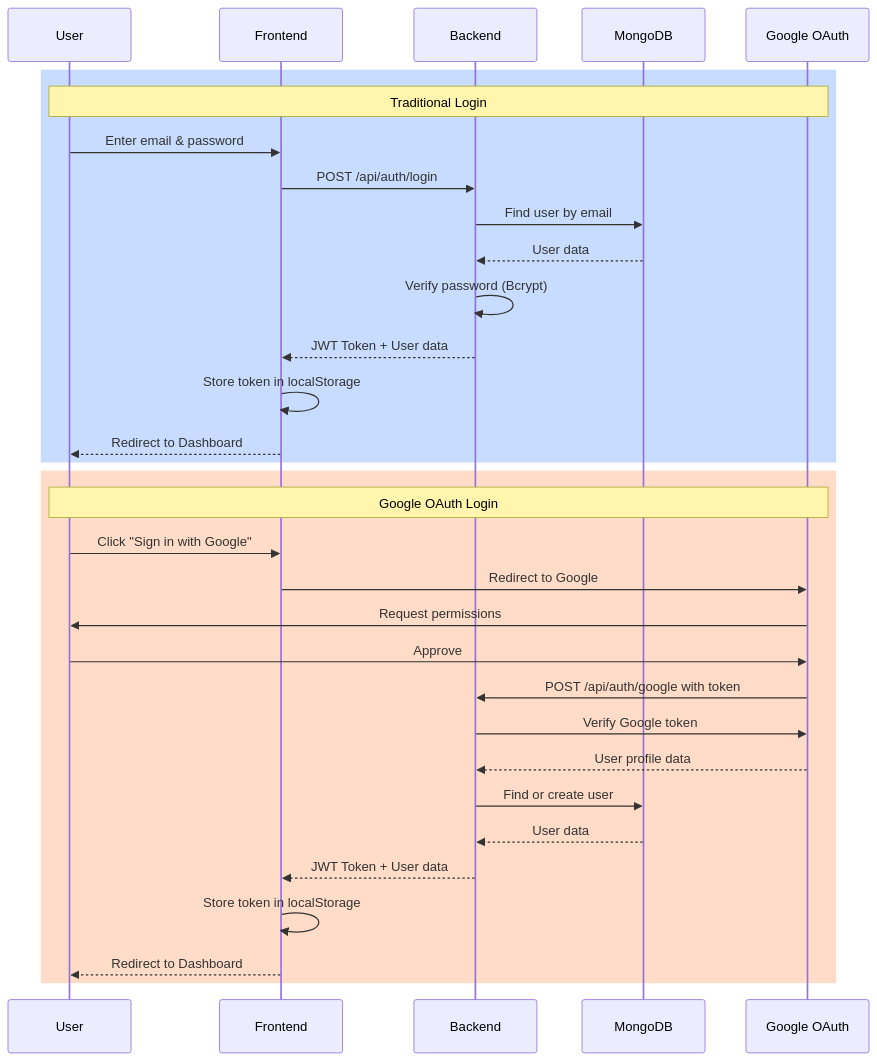
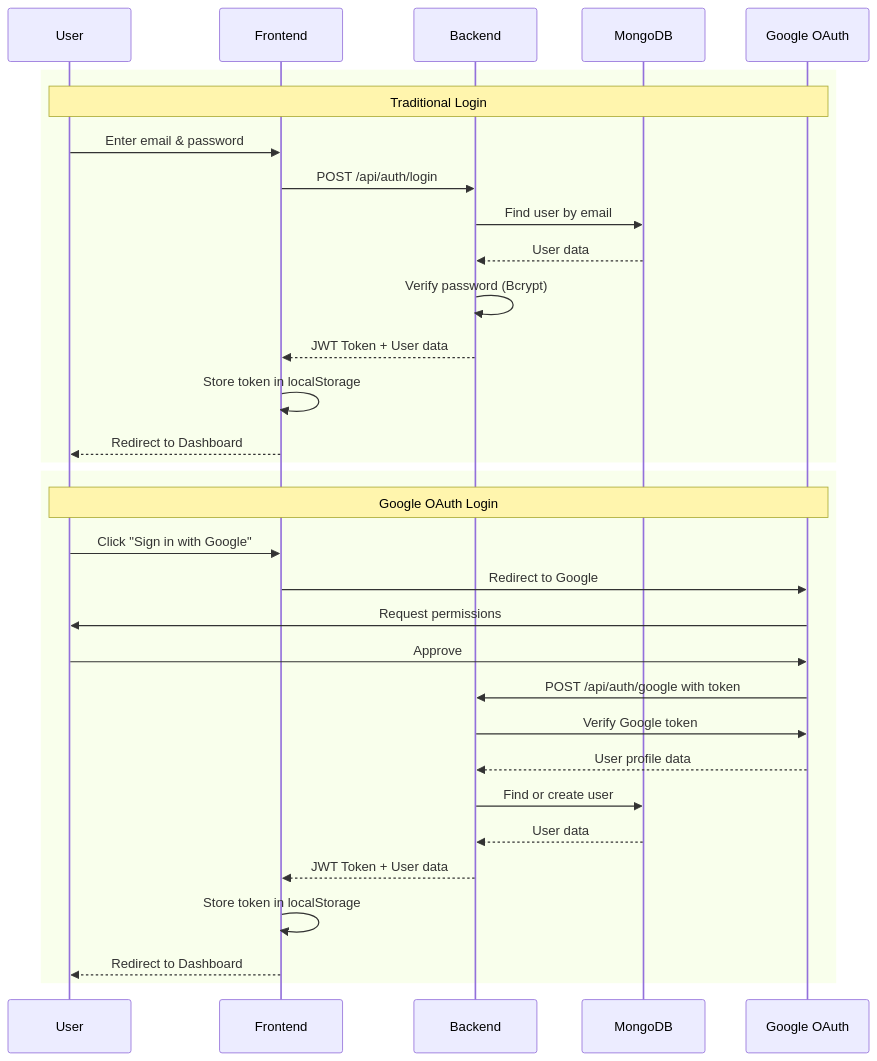
One commit to ajaykhawse0/QuizApp changed the second of 14 diagrams in flowchart.md. Above: the diagram before and after it, drawn with Mermaid.

Commit message:
Update color codes in flowchart.md

````diff
--- a/flowchart.md
+++ b/flowchart.md
@@ -28,36 +28,37 @@
 ```mermaid
 sequenceDiagram
     participant U as User
     participant F as Frontend
     participant B as Backend
     participant DB as MongoDB
     participant G as Google OAuth
-    
-    rect rgb(200, 220, 255)
+
+    rect #C8DCFF
     Note over U,G: Traditional Login
     U->>F: Enter email & password
     F->>B: POST /api/auth/login
     B->>DB: Find user by email
     DB-->>B: User data
     B->>B: Verify password (Bcrypt)
     B-->>F: JWT Token + User data
     F->>F: Store token in localStorage
     F-->>U: Redirect to Dashboard
     end
-    
-    rect rgb(255, 220, 200)
+
+    rect #FFDCC8
     Note over U,G: Google OAuth Login
     U->>F: Click "Sign in with Google"
     F->>G: Redirect to Google
     G->>U: Request permissions
     U->>G: Approve
     G->>B: POST /api/auth/google with token
     B->>G: Verify Google token
     G-->>B: User profile data
     B->>DB: Find or create user
     DB-->>B: User data
     B-->>F: JWT Token + User data
     F->>F: Store token in localStorage
     F-->>U: Redirect to Dashboard
     end
+
 ```
````
